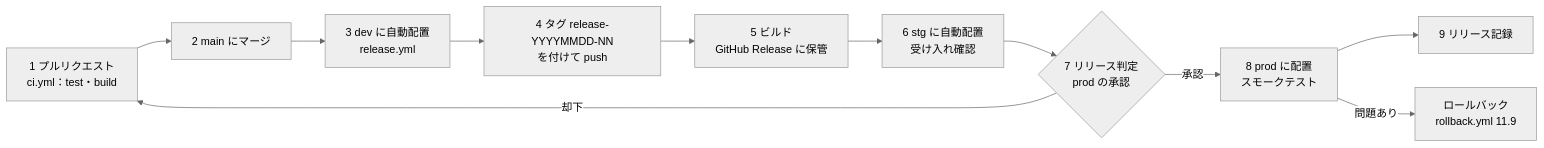
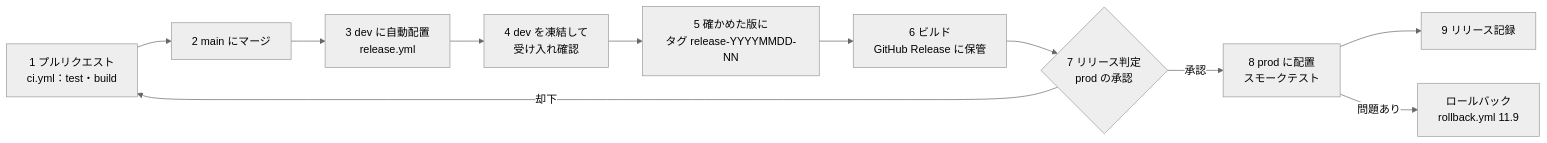
Before and after one commit to pocarialice/rpglearning: the seventh of 8 diagrams in documents/詳細設計書_RPG学習アプリ.md, drawn with Mermaid (neutral theme). The commit also changed other lines of this file and 10 other files, not shown here.

First line of the commit message:
stg 環境をなくし dev・prod の2環境に変更（コスト削減）

````diff
--- a/documents/詳細設計書_RPG学習アプリ.md
+++ b/documents/詳細設計書_RPG学習アプリ.md
@@ -1698,13 +1697,13 @@
 ```mermaid
 flowchart LR
   PR["1 プルリクエスト<br>ci.yml：test・build"] --> M["2 main にマージ"]
   M --> DEV["3 dev に自動配置<br>release.yml"]
-  DEV --> T["4 タグ release-YYYYMMDD-NN<br>を付けて push"]
-  T --> GR["5 ビルド<br>GitHub Release に保管"]
-  GR --> STG["6 stg に自動配置<br>受け入れ確認"]
-  STG --> E{"7 リリース判定<br>prod の承認"}
+  DEV --> UAT["4 dev を凍結して<br>受け入れ確認"]
+  UAT --> T["5 確かめた版に<br>タグ release-YYYYMMDD-NN"]
+  T --> GR["6 ビルド<br>GitHub Release に保管"]
+  GR --> E{"7 リリース判定<br>prod の承認"}
   E -->|"承認"| PRD["8 prod に配置<br>スモークテスト"]
   E -->|"却下"| PR
   PRD --> REC["9 リリース記録"]
   PRD -->|"問題あり"| RB["ロールバック<br>rollback.yml 11.9"]
 ```
````
